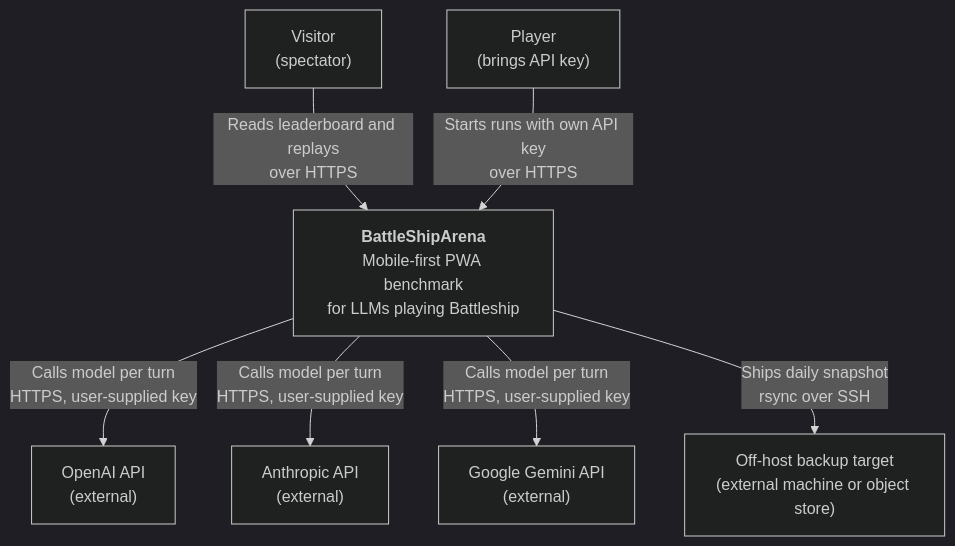
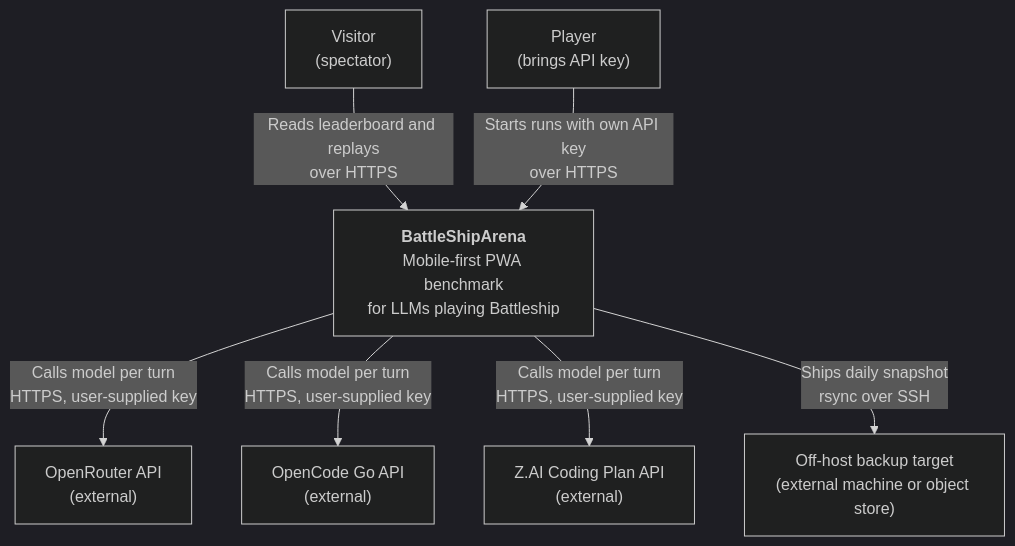
Before and after one commit to itechmeat/battleship-arena: the first of 10 diagrams in docs/architecture.md, drawn with Mermaid (dark theme). The commit also changed other lines of this file and 103 other files, not shown here.

````diff
--- a/docs/architecture.md
+++ b/docs/architecture.md
@@ -11,17 +11,17 @@
 ```mermaid
 graph TB
   visitor["Visitor<br/>(spectator)"]
   player["Player<br/>(brings API key)"]
   arena["<b>BattleShipArena</b><br/>Mobile-first PWA benchmark<br/>for LLMs playing Battleship"]
-  openai["OpenAI API<br/>(external)"]
-  anthropic["Anthropic API<br/>(external)"]
-  google["Google Gemini API<br/>(external)"]
+  openrouter["OpenRouter API<br/>(external)"]
+  opencode["OpenCode Go API<br/>(external)"]
+  zai["Z.AI Coding Plan API<br/>(external)"]
   offhost["Off-host backup target<br/>(external machine or object store)"]
 
   visitor -->|"Reads leaderboard and replays<br/>over HTTPS"| arena
   player -->|"Starts runs with own API key<br/>over HTTPS"| arena
-  arena -->|"Calls model per turn<br/>HTTPS, user-supplied key"| openai
-  arena -->|"Calls model per turn<br/>HTTPS, user-supplied key"| anthropic
-  arena -->|"Calls model per turn<br/>HTTPS, user-supplied key"| google
+  arena -->|"Calls model per turn<br/>HTTPS, user-supplied key"| openrouter
+  arena -->|"Calls model per turn<br/>HTTPS, user-supplied key"| opencode
+  arena -->|"Calls model per turn<br/>HTTPS, user-supplied key"| zai
   arena -->|"Ships daily snapshot<br/>rsync over SSH"| offhost
 ```
````
